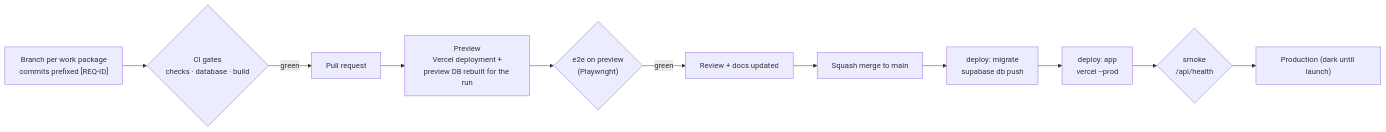
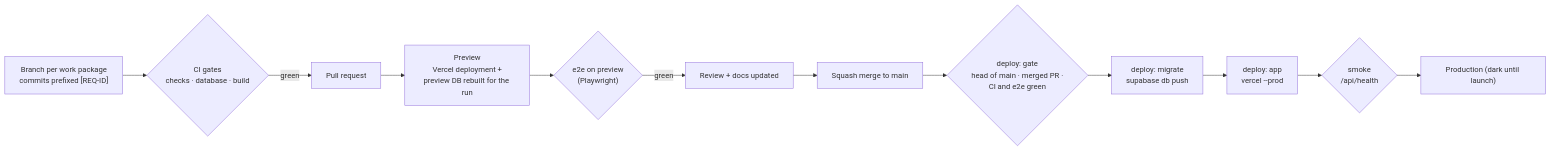
Before and after one commit to mronan83/Family-Hub: diagram 11 of 11 in docs/01-technical-architecture.md, drawn with Mermaid. The commit also changed other lines of this file and 4 other files, not shown here.

````diff
--- a/docs/01-technical-architecture.md
+++ b/docs/01-technical-architecture.md
@@ -458,13 +459,14 @@
 ```mermaid
 flowchart LR
   dev["Branch per work package<br/>commits prefixed [REQ-ID]"] --> ci{"CI gates<br/>checks · database · build"}
   ci -->|green| pr["Pull request"]
   pr --> prev["Preview<br/>Vercel deployment +<br/>preview DB rebuilt for the run"]
   prev --> e2e{"e2e on preview<br/>(Playwright)"}
   e2e -->|green| rev["Review + docs updated"]
   rev --> merge["Squash merge to main"]
-  merge --> mig["deploy: migrate<br/>supabase db push"]
+  merge --> gate{"deploy: gate<br/>head of main · merged PR ·<br/>CI and e2e green"}
+  gate --> mig["deploy: migrate<br/>supabase db push"]
   mig --> app["deploy: app<br/>vercel --prod"]
   app --> smoke{"smoke<br/>/api/health"}
   smoke --> dark["Production (dark until launch)"]
 ```
````
